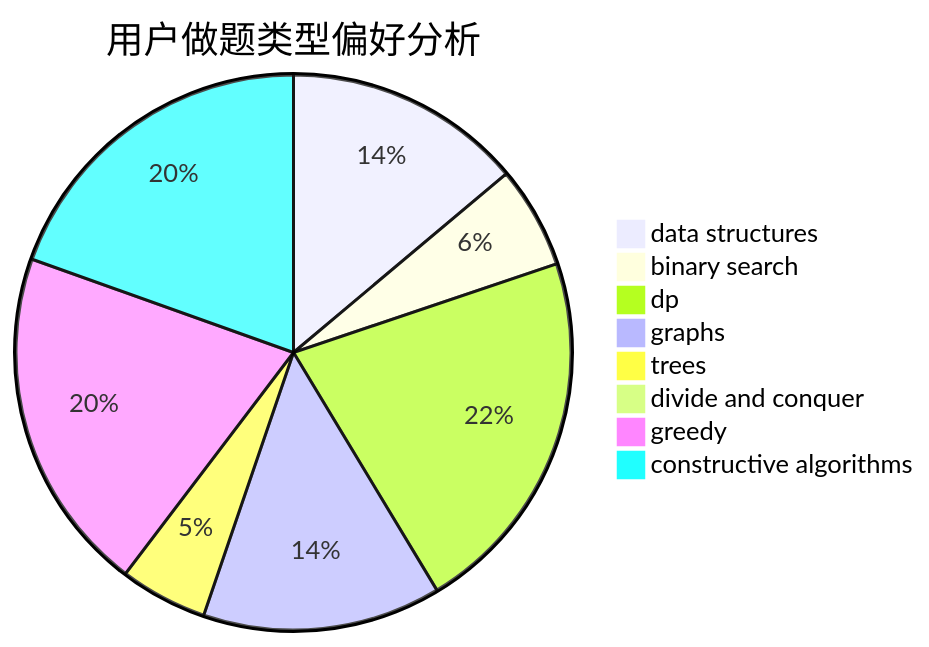
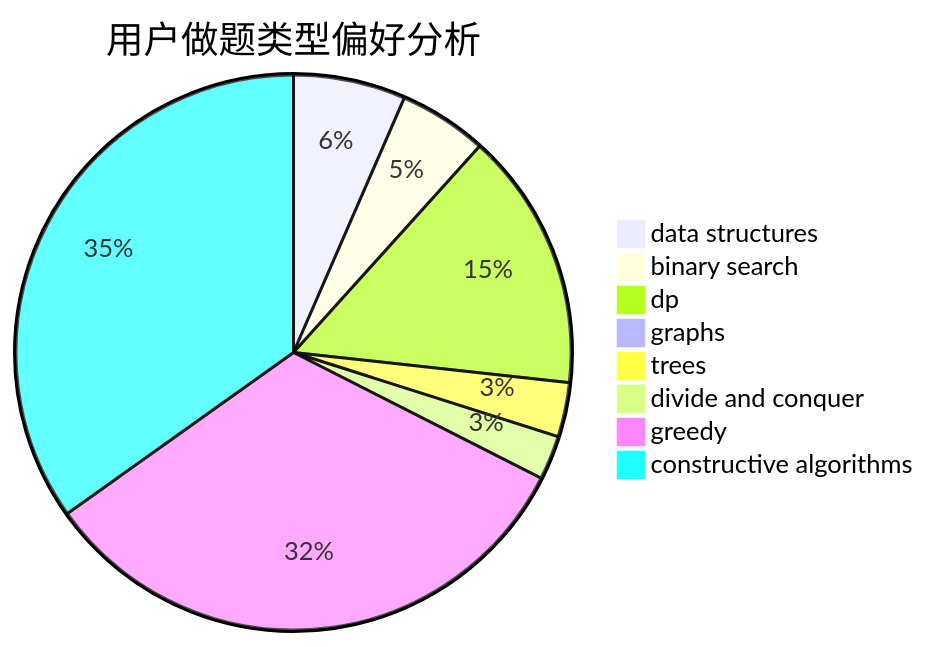
Before and after one commit to sherpahu/cfrs.github.io: the second of 3 diagrams in docs/user/u252.md, drawn with Mermaid. The commit also changed other lines of this file and 2770 other files, not shown here.

````diff
--- a/docs/user/u252.md
+++ b/docs/user/u252.md
@@ -23,11 +23,11 @@
 ```mermaid
 pie title 用户做题类型偏好分析
-    "data structures" :  49
-    "binary search" :  21
+    "data structures" :  33
+    "binary search" :  26
     "dp" :  76
-    "graphs" :  49
-    "trees" :  18
-    "divide and conquer" :  0
-    "greedy" :  71
-    "constructive algorithms" :  69
+    "graphs" :  5
+    "trees" :  16
+    "divide and conquer" :  13
+    "greedy" :  165
+    "constructive algorithms" :  176
 ```
````
